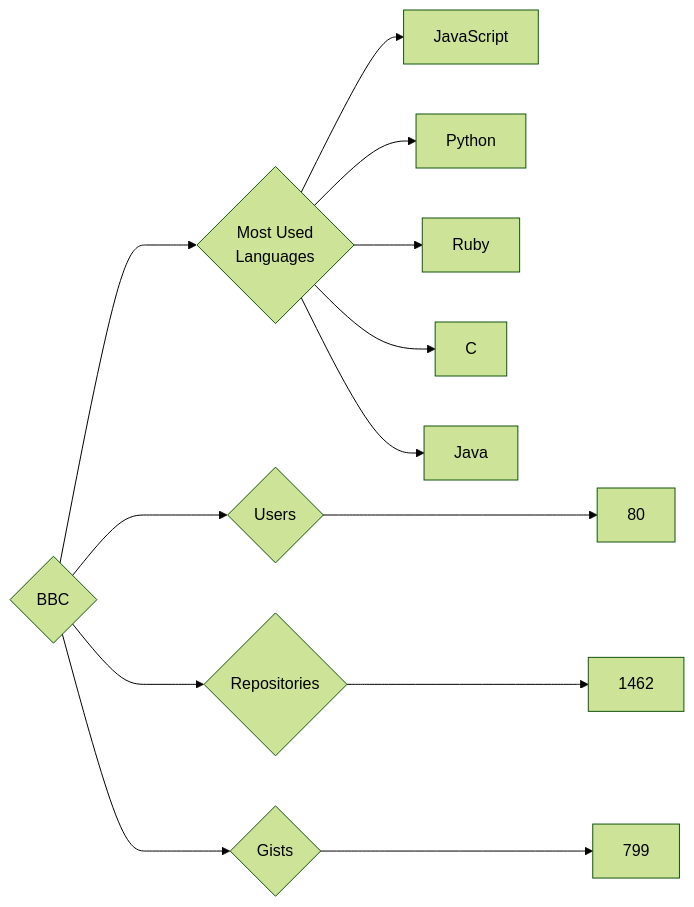
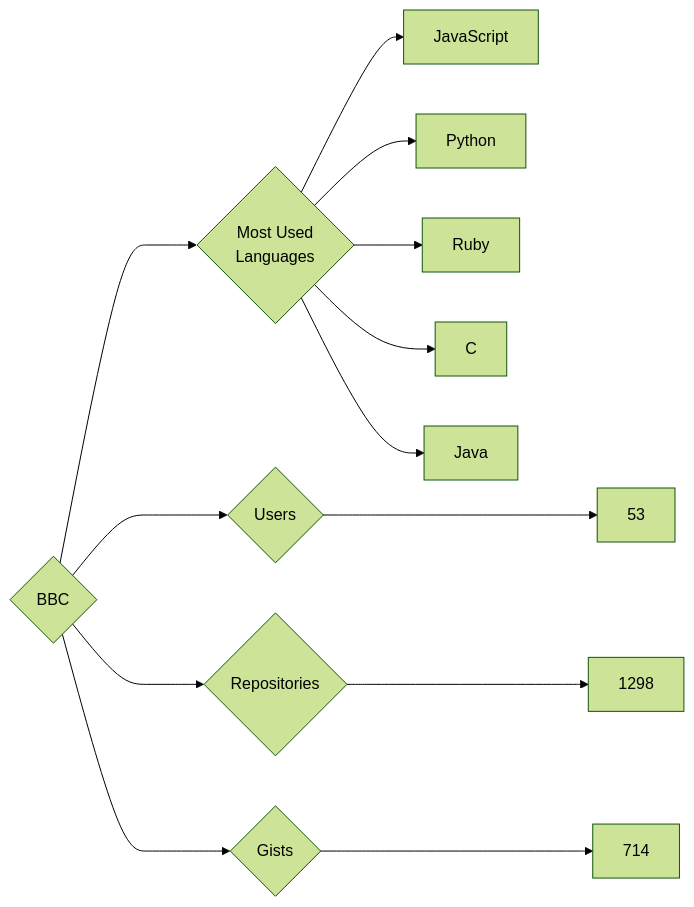
Before and after one commit to trickest/insiders: the diagram in targets/BBC/README.md, drawn with Mermaid (forest theme). The commit also changed 826 other files, not shown here.

````diff
--- a/targets/BBC/README.md
+++ b/targets/BBC/README.md
@@ -3,13 +3,13 @@
 ```mermaid
 graph LR
 COMPANY_NAME{BBC}
-COMPANY_NAME ---> U{Users} ---> UN[80]
-COMPANY_NAME ---> R{Repositories} ---> RN[1462]
-COMPANY_NAME ---> G{Gists} ---> GN[799]
+COMPANY_NAME ---> U{Users} ---> UN[53]
+COMPANY_NAME ---> R{Repositories} ---> RN[1298]
+COMPANY_NAME ---> G{Gists} ---> GN[714]
 COMPANY_NAME ---> ML{Most Used<br>Languages}
 ML --> JavaScript[JavaScript]
 ML --> Python[Python]
 ML --> Ruby[Ruby]
 ML --> C[C]
 ML --> Java[Java]
 ```
````
